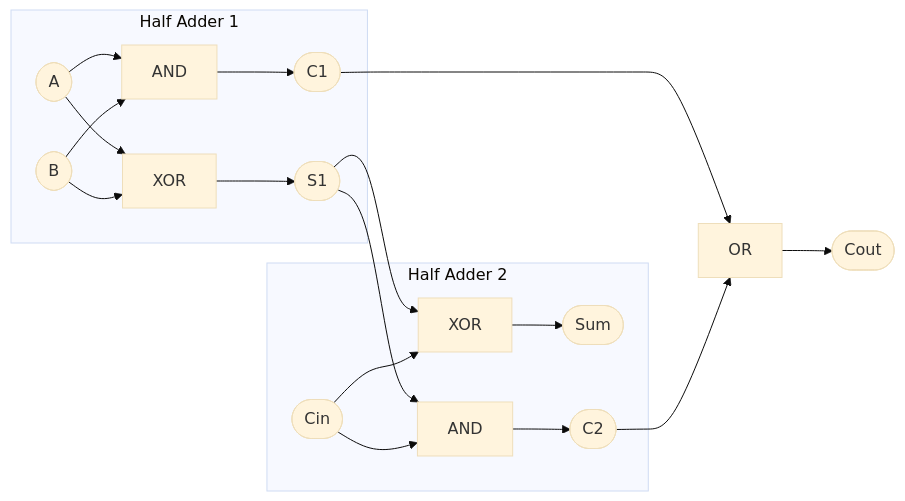
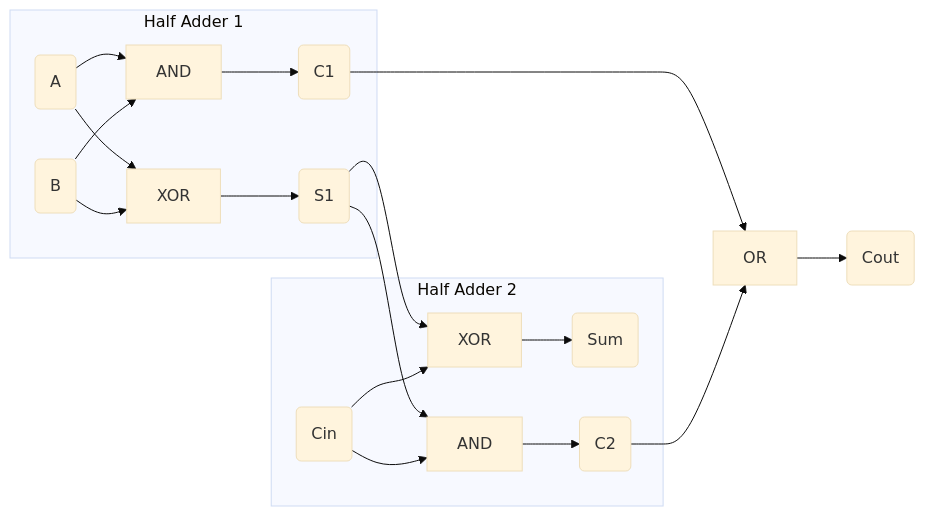
The second of 3 diagrams in chapter2_comb_logic/2.5_half_full_adder.md (Samizo-AITL/Edusemi-v4x), drawn with Mermaid (base theme) before and after one commit. The commit also changed other lines of this file, not shown here.

````diff
--- a/chapter2_comb_logic/2.5_half_full_adder.md
+++ b/chapter2_comb_logic/2.5_half_full_adder.md
@@ -98,24 +80,24 @@
 ```mermaid
 flowchart LR
-    subgraph HA1[Half Adder 1]
-        A([A]) --> XOR1[XOR]
-        B([B]) --> XOR1
-        XOR1 --> S1([S1])
+    subgraph HA1["Half Adder 1"]
+        A(A) --> XOR1[XOR]
+        B(B) --> XOR1
+        XOR1 --> S1(S1)
         A --> AND1[AND]
         B --> AND1
-        AND1 --> C1([C1])
+        AND1 --> C1(C1)
     end
 
-    subgraph HA2[Half Adder 2]
+    subgraph HA2["Half Adder 2"]
         S1 --> XOR2[XOR]
-        Cin([Cin]) --> XOR2
-        XOR2 --> S([Sum])
+        Cin(Cin) --> XOR2
+        XOR2 --> S(Sum)
         S1 --> AND2[AND]
         Cin --> AND2
-        AND2 --> C2([C2])
+        AND2 --> C2(C2)
     end
 
     C1 --> OR1[OR]
     C2 --> OR1
-    OR1 --> Cout([Cout])
+    OR1 --> Cout(Cout)
 ```
````
